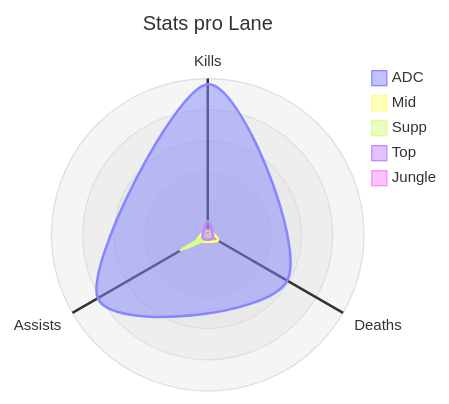
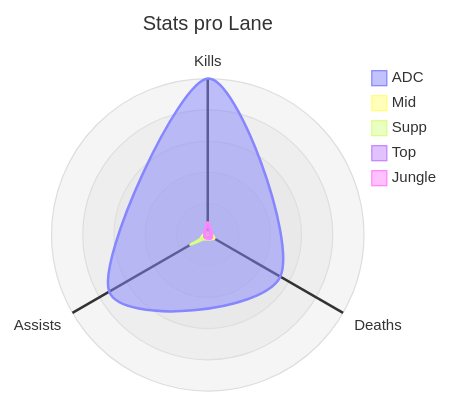
Before and after one commit to flowinho/zensical-website: the first of 5 diagrams in docs/gaming/wild-rift.md, drawn with Mermaid. The commit also changed other lines of this file, not shown here.

````diff
--- a/docs/gaming/wild-rift.md
+++ b/docs/gaming/wild-rift.md
@@ -29,19 +29,19 @@
 ```mermaid
 ---
 config:
   radar:
     width: 250
     height: 250
 ---
 radar-beta
   title Stats pro Lane
   axis k["Kills"], d["Deaths"], a["Assists"]
-  curve a["ADC"]{77, 47,  65}
+  curve a["ADC"]{125, 67,  91}
   curve m["Mid"]{2,   6,  6}
   curve s["Supp"]{0,  2,  16}
   curve t["Top"]{7,   3,  3}
-  curve j["Jungle"]{0, 0, 0 }
+  curve j["Jungle"]{10, 4, 3 }
 
-  max 80
+  max 125
   min 0
 ```
````
